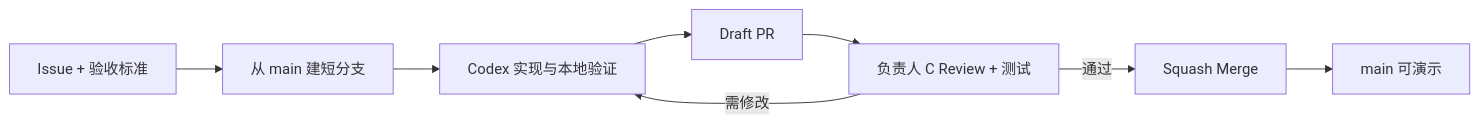
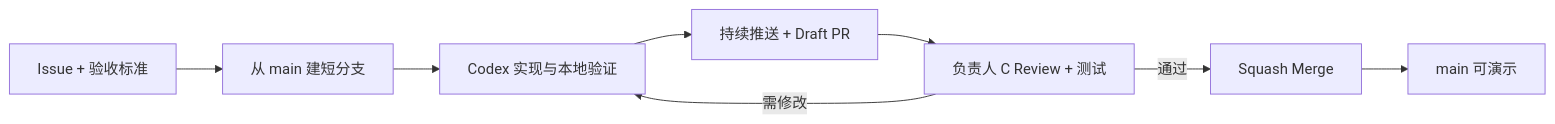
One commit to HY916-cn/aiy202608-md0037-team-falcons changed the diagram in docs/04-GitHub协作规范.md. Above: the diagram before and after it, drawn with Mermaid. The commit also changed other lines of this file and 7 other files, not shown here.

````diff
--- a/docs/04-GitHub协作规范.md
+++ b/docs/04-GitHub协作规范.md
@@ -7,10 +7,10 @@
 ```mermaid
 flowchart LR
     I["Issue + 验收标准"] --> B["从 main 建短分支"]
     B --> C["Codex 实现与本地验证"]
-    C --> P["Draft PR"]
+    C --> P["持续推送 + Draft PR"]
     P --> R["负责人 C Review + 测试"]
     R -->|需修改| C
     R -->|通过| M["Squash Merge"]
     M --> D["main 可演示"]
 ```
````
